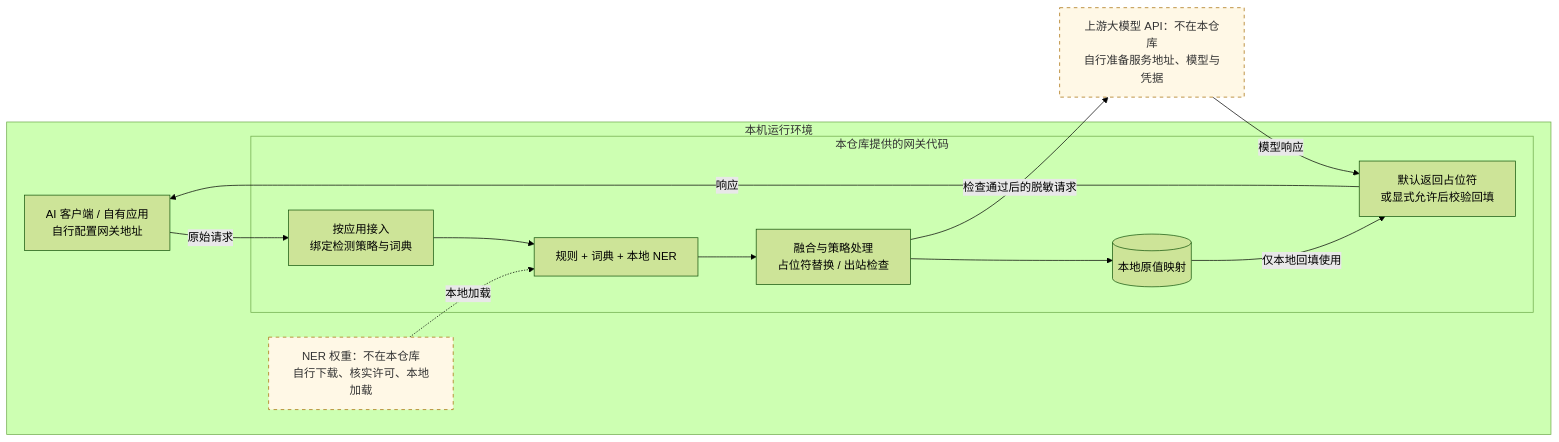
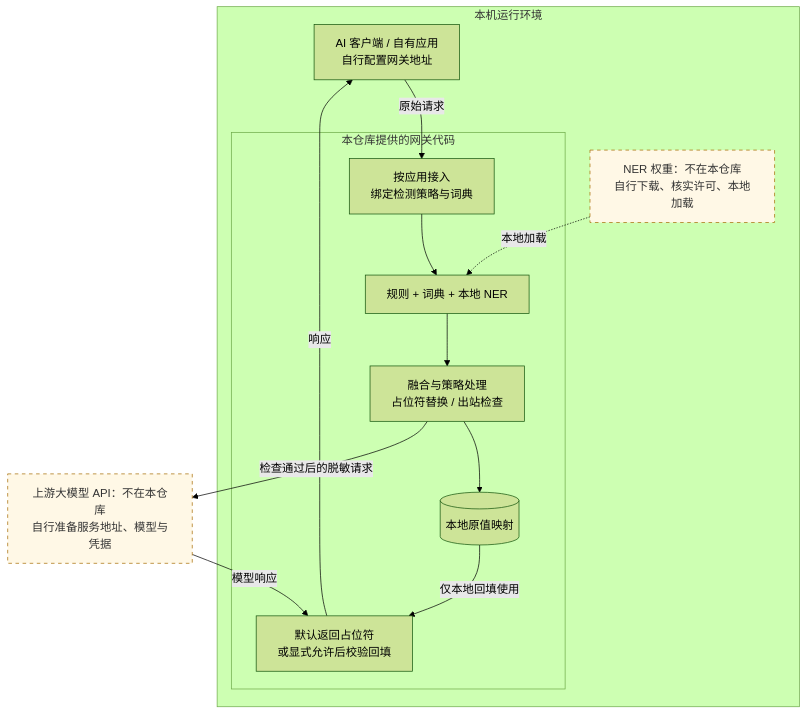
The diagram in README.md (Doubixilin/tuomin-open-source), drawn with Mermaid (forest theme) before and after one commit. The commit also changed other lines of this file and 5 other files, not shown here.

Commit message:
docs: 详细图解设计思路、技术架构与工作流程

````diff
--- a/README.md
+++ b/README.md
@@ -11,25 +11,25 @@
 ```mermaid
-flowchart LR
+flowchart TB
     subgraph LOCAL["本机运行环境"]
         APP["AI 客户端 / 自有应用<br/>自行配置网关地址"]
         subgraph CODE["本仓库提供的网关代码"]
             ENTRY["按应用接入<br/>绑定检测策略与词典"]
             DETECT["规则 + 词典 + 本地 NER"]
             MASK["融合与策略处理<br/>占位符替换 / 出站检查"]
             MAP[("本地原值映射")]
             RETURN["默认返回占位符<br/>或显式允许后校验回填"]
         end
         WEIGHTS["NER 权重：不在本仓库<br/>自行下载、核实许可、本地加载"]
         APP -->|原始请求| ENTRY
         ENTRY --> DETECT --> MASK
         WEIGHTS -.->|本地加载| DETECT
         MASK --> MAP
         MAP -->|仅本地回填使用| RETURN
         RETURN -->|响应| APP
     end
     UPSTREAM["上游大模型 API：不在本仓库<br/>自行准备服务地址、模型与凭据"]
     MASK -->|检查通过后的脱敏请求| UPSTREAM
     UPSTREAM -->|模型响应| RETURN
     classDef external fill:#fff8e6,stroke:#a66b00,stroke-dasharray:5 5,color:#333;
     class WEIGHTS,UPSTREAM external;
 ```
````
